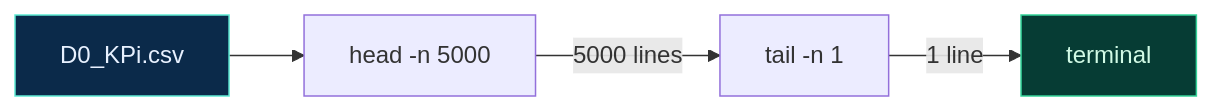
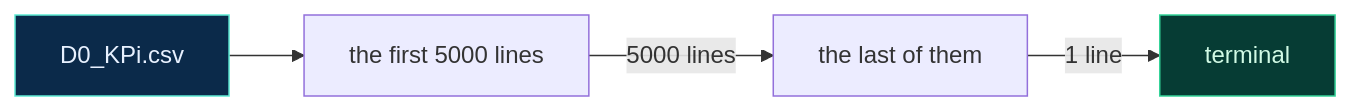
Before and after one commit to MindaugasSarpis/CERN_lessons_on_data_analysis: the diagram in lectures/content/slides/04_Command_Line_and_Files.md, drawn with Mermaid. The commit also changed other lines of this file and 73 other files, not shown here.

````diff
--- a/lectures/content/slides/04_Command_Line_and_Files.md
+++ b/lectures/content/slides/04_Command_Line_and_Files.md
@@ -1031,9 +1328,9 @@
 ```mermaid {scale: 0.8}
 graph LR
-    F["D0_KPi.csv"]:::input --> A["head -n 5000"]
-    A -->|"5000 lines"| B["tail -n 1"]
+    F["D0_KPi.csv"]:::input --> A["the first 5000 lines"]
+    A -->|"5000 lines"| B["the last of them"]
     B -->|"1 line"| T["terminal"]:::output
 
     classDef input fill:#0b2a4a,stroke:#5eead4,color:#e8f1ff
     classDef output fill:#063c34,stroke:#34d399,color:#d1fae5
 ```
````
